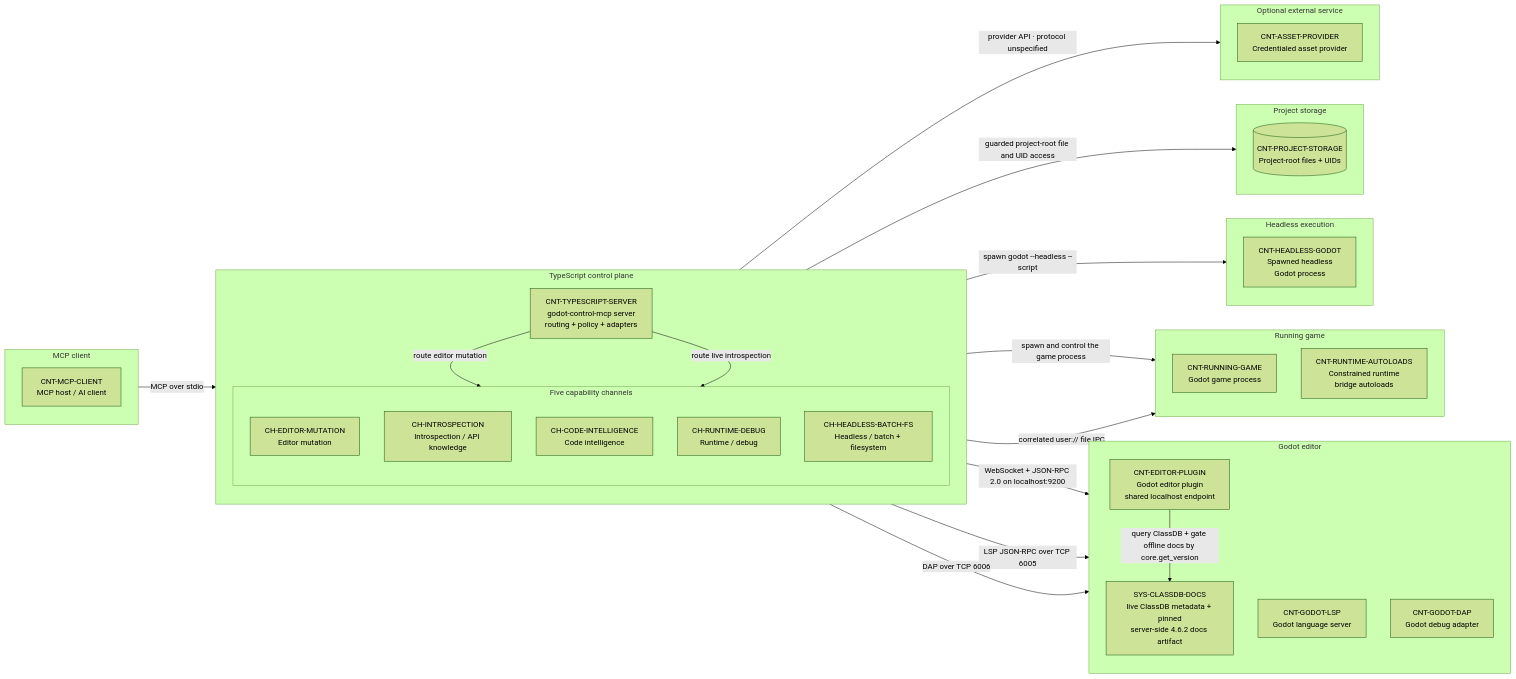
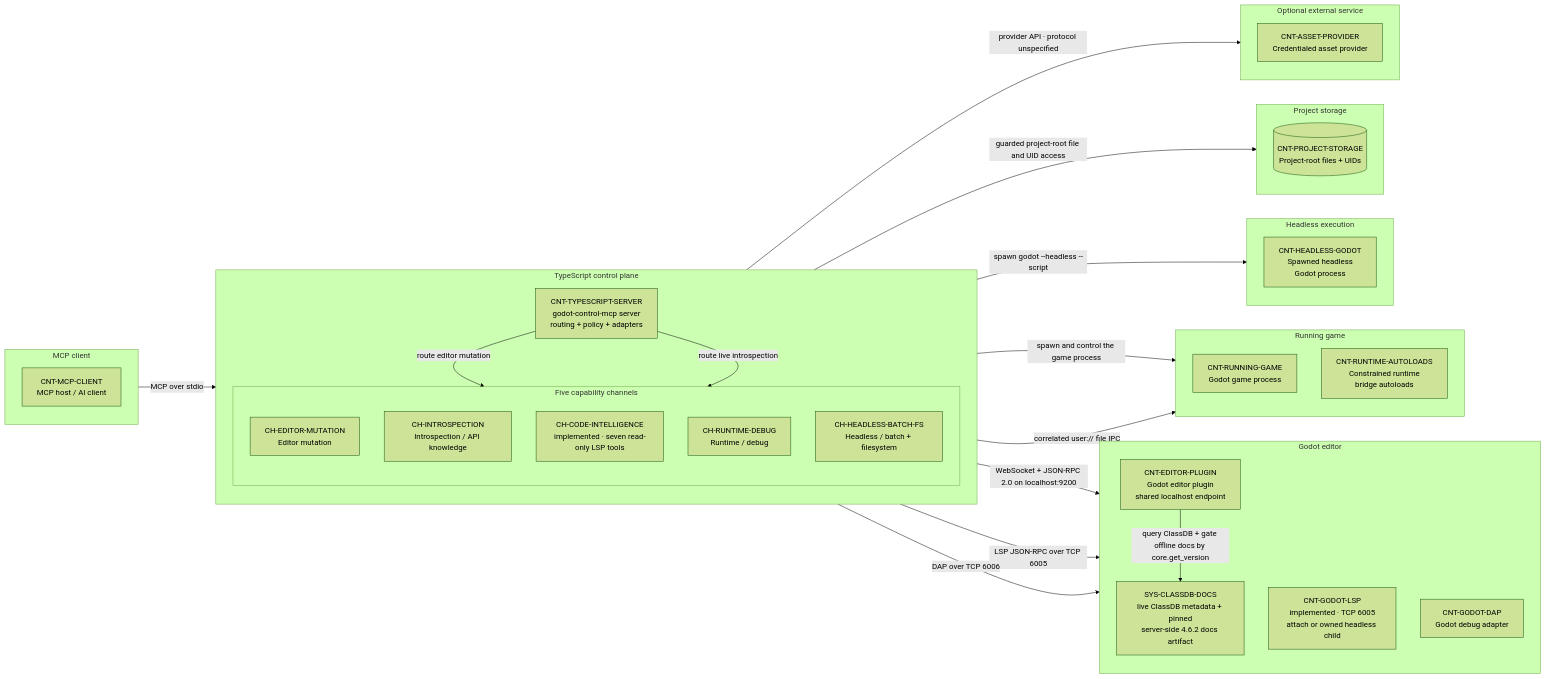
Before and after one commit to 9thLevelSoftware/robogodot: the diagram in docs/architecture/02-container-channels.md, drawn with Mermaid (forest theme). The commit also changed other lines of this file and 15 other files, not shown here.

```diff
--- a/docs/architecture/02-container-channels.md
+++ b/docs/architecture/02-container-channels.md
@@ -35,7 +35,7 @@
       %% atlas-node: CH-INTROSPECTION
       CH_INTROSPECTION["CH-INTROSPECTION<br/>Introspection / API knowledge"]
       %% atlas-node: CH-CODE-INTELLIGENCE
-      CH_CODE_INTELLIGENCE["CH-CODE-INTELLIGENCE<br/>Code intelligence"]
+      CH_CODE_INTELLIGENCE["CH-CODE-INTELLIGENCE<br/>implemented · seven read-only LSP tools"]
       %% atlas-node: CH-RUNTIME-DEBUG
       CH_RUNTIME_DEBUG["CH-RUNTIME-DEBUG<br/>Runtime / debug"]
       %% atlas-node: CH-HEADLESS-BATCH-FS
@@ -50,7 +50,7 @@
     %% atlas-node: SYS-CLASSDB-DOCS
     SYS_CLASSDB_DOCS["SYS-CLASSDB-DOCS<br/>live ClassDB metadata + pinned<br/>server-side 4.6.2 docs artifact"]
     %% atlas-node: CNT-GODOT-LSP
-    CNT_GODOT_LSP["CNT-GODOT-LSP<br/>Godot language server"]
+    CNT_GODOT_LSP["CNT-GODOT-LSP<br/>implemented · TCP 6005<br/>attach or owned headless child"]
     %% atlas-node: CNT-GODOT-DAP
     CNT_GODOT_DAP["CNT-GODOT-DAP<br/>Godot debug adapter"]
   end
```
